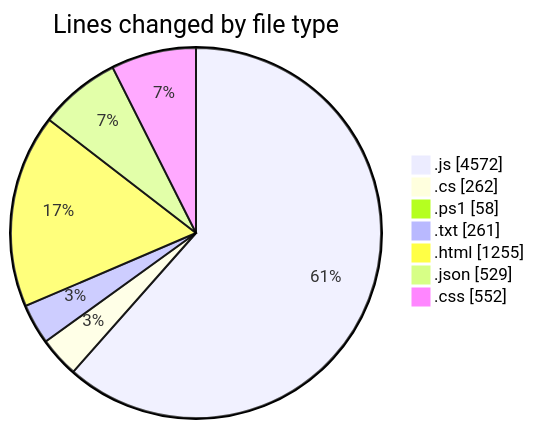
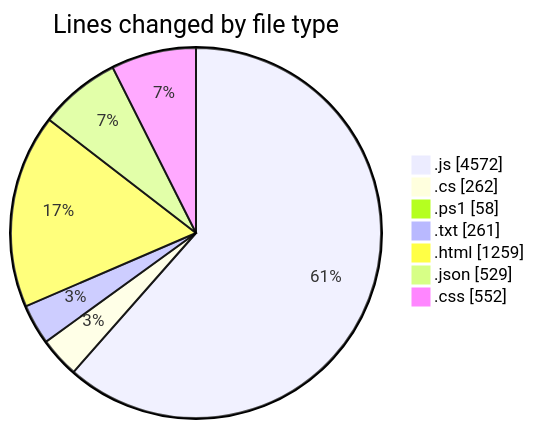
One commit to becaeroporto-bot/code-tracking changed the first of 2 diagrams in 2026-02-17/bot_v1_2/README.md. Above: the diagram before and after it, drawn with Mermaid. The commit also changed other lines of this file and 1 other file, not shown here.

````diff
--- a/2026-02-17/bot_v1_2/README.md
+++ b/2026-02-17/bot_v1_2/README.md
@@ -38,11 +38,11 @@
 ```mermaid
 pie showData
 title Lines changed by file type
 ".js" : 4572
 ".cs" : 262
 ".ps1" : 58
 ".txt" : 261
-".html" : 1255
+".html" : 1259
 ".json" : 529
 ".css" : 552
 ```
````
